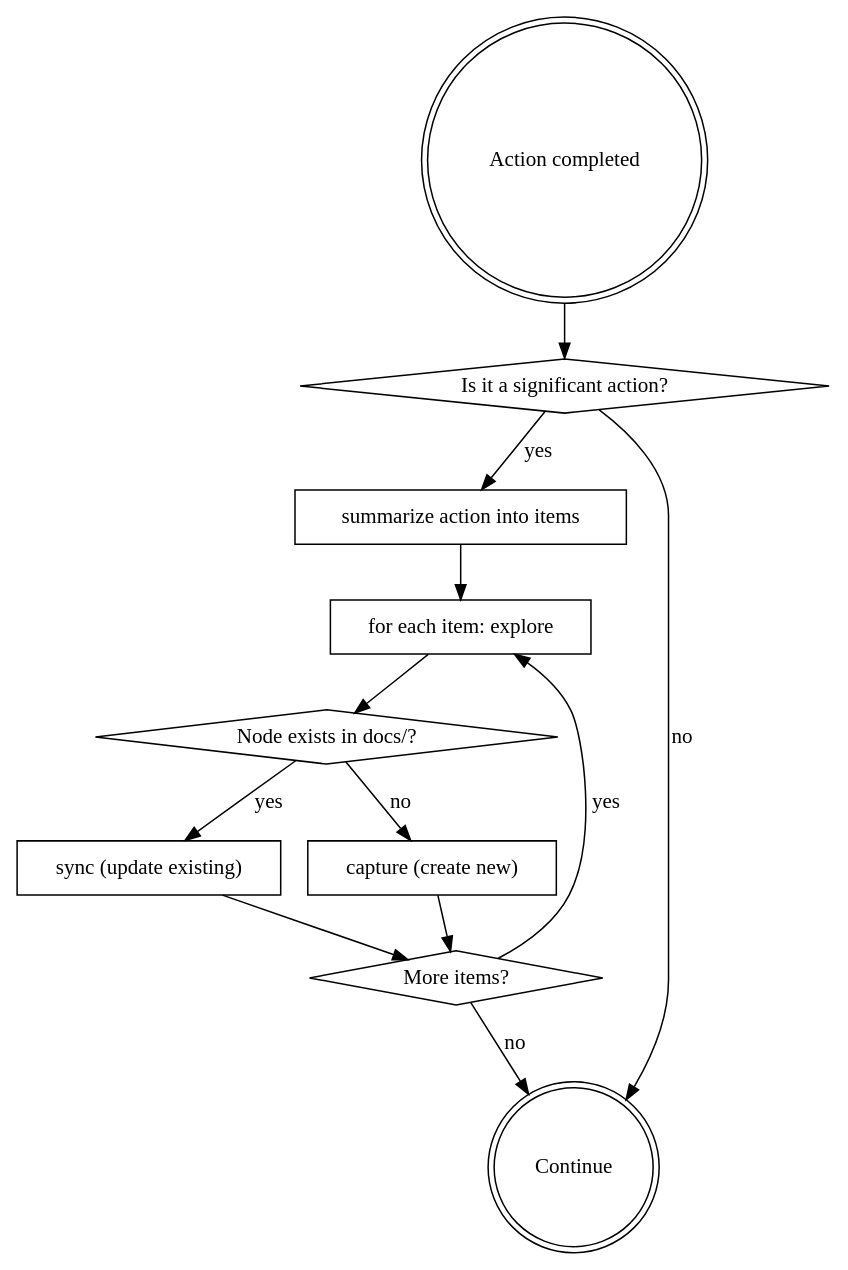
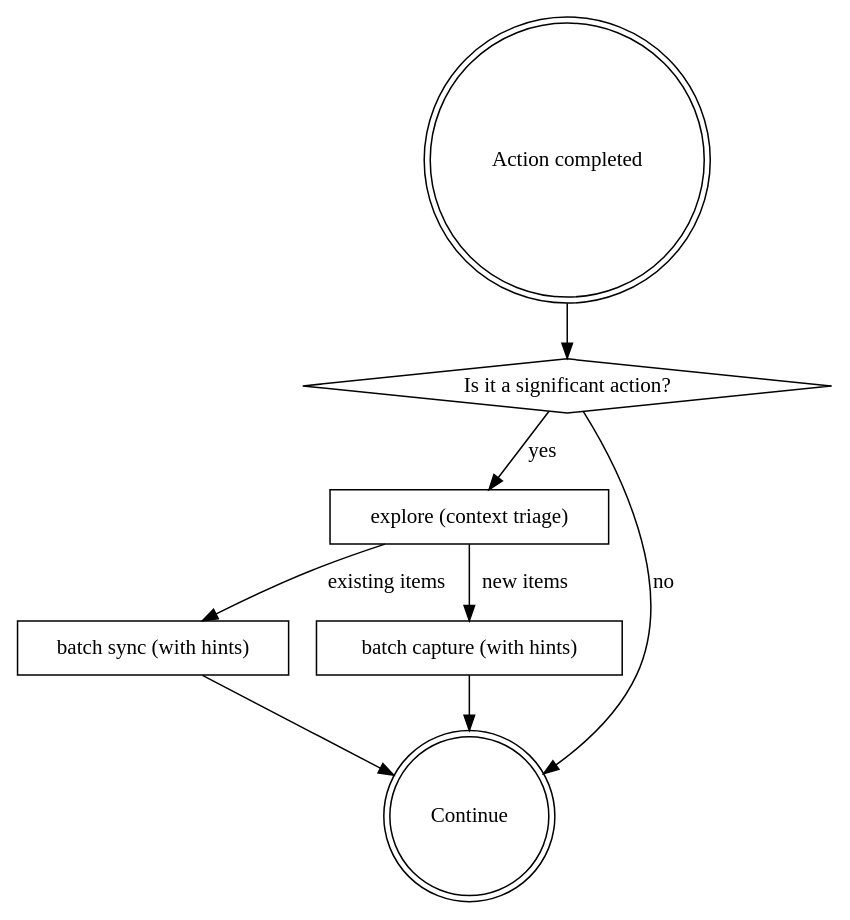
The diagram in skills/router/SKILL.md (Curt-Park/autology), drawn with Graphviz before and after one commit. The commit also changed other lines of this file and 4 other files, not shown here.

````diff
--- a/skills/router/SKILL.md
+++ b/skills/router/SKILL.md
@@ -46,25 +34,18 @@
 ```dot
 digraph router {
   "Action completed" [shape=doublecircle];
   "Is it a significant action?" [shape=diamond];
-  "summarize action into items" [shape=box];
-  "for each item: explore" [shape=box];
-  "Node exists in docs/?" [shape=diamond];
-  "sync (update existing)" [shape=box];
-  "capture (create new)" [shape=box];
-  "More items?" [shape=diamond];
+  "explore (context triage)" [shape=box];
+  "batch sync (with hints)" [shape=box];
+  "batch capture (with hints)" [shape=box];
   "Continue" [shape=doublecircle];
 
   "Action completed" -> "Is it a significant action?";
-  "Is it a significant action?" -> "summarize action into items" [label="yes"];
+  "Is it a significant action?" -> "explore (context triage)" [label="yes"];
   "Is it a significant action?" -> "Continue" [label="no"];
-  "summarize action into items" -> "for each item: explore";
-  "for each item: explore" -> "Node exists in docs/?";
-  "Node exists in docs/?" -> "sync (update existing)" [label="yes"];
-  "Node exists in docs/?" -> "capture (create new)" [label="no"];
-  "sync (update existing)" -> "More items?";
-  "capture (create new)" -> "More items?";
-  "More items?" -> "for each item: explore" [label="yes"];
-  "More items?" -> "Continue" [label="no"];
+  "explore (context triage)" -> "batch sync (with hints)" [label="existing items"];
+  "explore (context triage)" -> "batch capture (with hints)" [label="new items"];
+  "batch sync (with hints)" -> "Continue";
+  "batch capture (with hints)" -> "Continue";
 }
 ```
````
